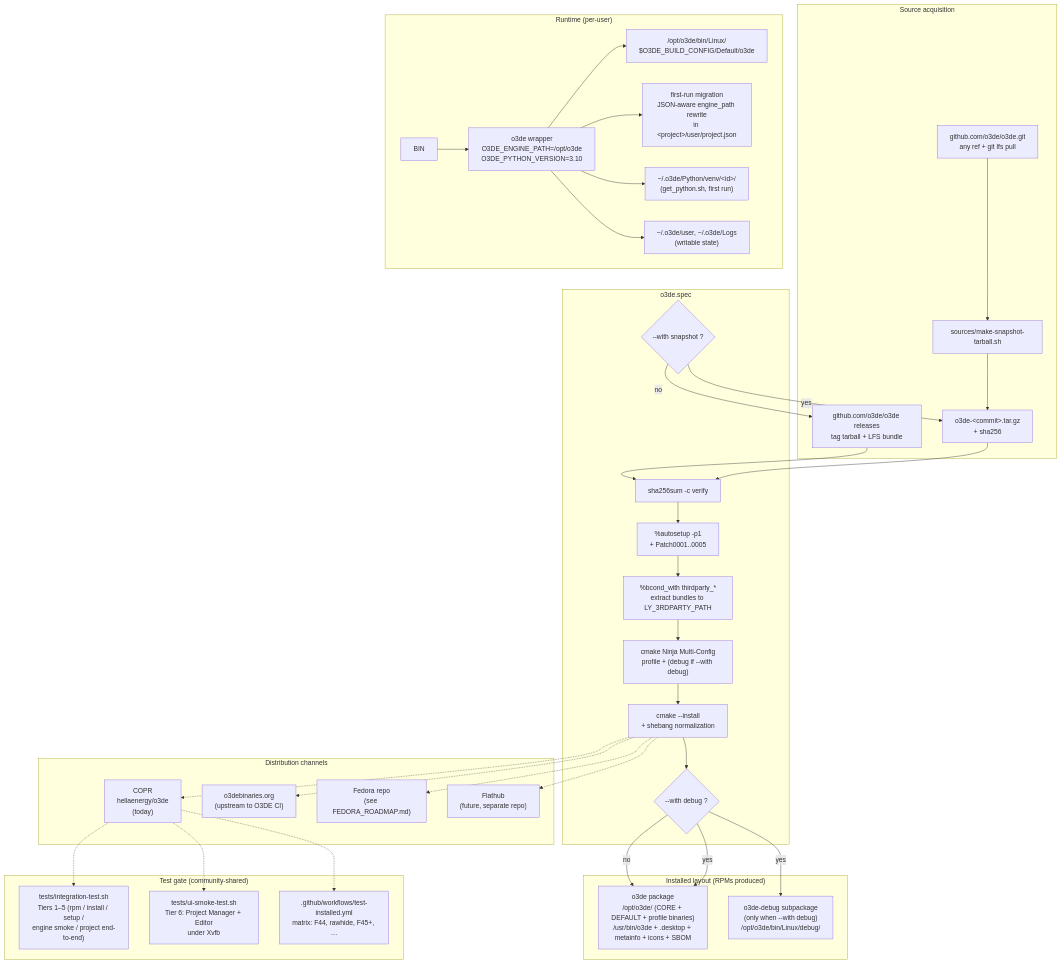
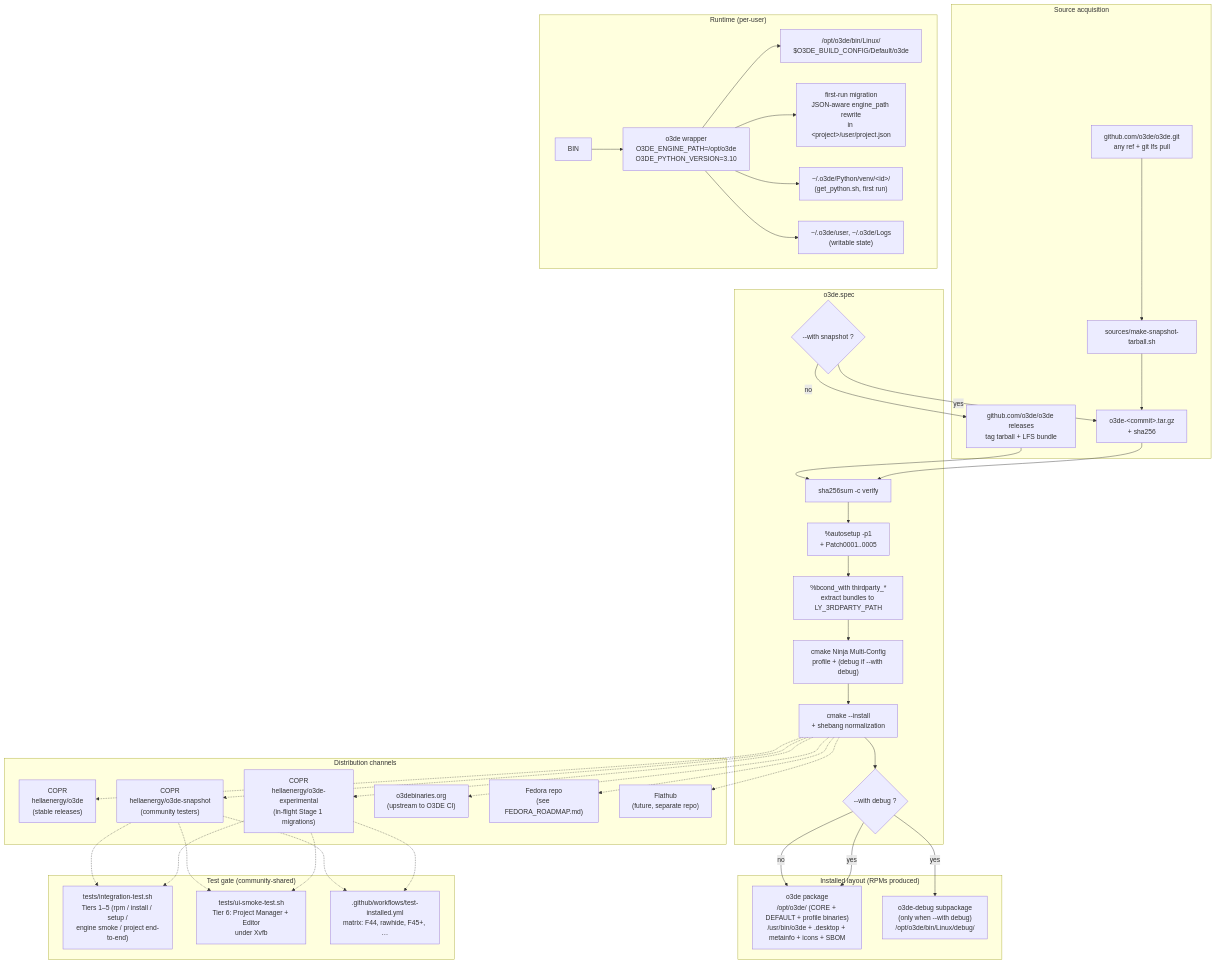
Before and after one commit to nickschuetz/o3de-rpm: the diagram in README.md, drawn with Mermaid. The commit also changed other lines of this file and 3 other files, not shown here.

````diff
--- a/README.md
+++ b/README.md
@@ -50,65 +50,72 @@
 ```mermaid
 flowchart TB
     subgraph SRC["Source acquisition"]
         S1["github.com/o3de/o3de releases<br/>tag tarball + LFS bundle"]
         S2["github.com/o3de/o3de.git<br/>any ref + git lfs pull"]
         SH["sources/make-snapshot-tarball.sh"]
         S2 --> SH --> SNAP["o3de-&lt;commit&gt;.tar.gz<br/>+ sha256"]
     end
 
     subgraph SPEC["o3de.spec"]
         BC{"--with snapshot ?"}
         SHA["sha256sum -c verify"]
         AUTO["%autosetup -p1<br/>+ Patch0001..0005"]
         TP["%bcond_with thirdparty_*<br/>extract bundles to LY_3RDPARTY_PATH"]
         BUILD["cmake Ninja Multi-Config<br/>profile + (debug if --with debug)"]
         INST["cmake --install<br/>+ shebang normalization"]
         DBG{"--with debug ?"}
         BC -->|no| S1
         BC -->|yes| SNAP
         S1 --> SHA
         SNAP --> SHA
         SHA --> AUTO --> TP --> BUILD --> INST
         INST --> DBG
     end
 
     subgraph INSTALL["Installed layout (RPMs produced)"]
         MAIN["o3de package<br/>/opt/o3de/ (CORE + DEFAULT + profile binaries)<br/>/usr/bin/o3de + .desktop + metainfo + icons + SBOM"]
         DBGPKG["o3de-debug subpackage<br/>(only when --with debug)<br/>/opt/o3de/bin/Linux/debug/"]
         DBG -->|no| MAIN
         DBG -->|yes| MAIN
         DBG -->|yes| DBGPKG
     end
 
     subgraph RT["Runtime (per-user)"]
         WRAP["o3de wrapper<br/>O3DE_ENGINE_PATH=/opt/o3de<br/>O3DE_PYTHON_VERSION=3.10"]
         MIG["first-run migration<br/>JSON-aware engine_path rewrite<br/>in &lt;project&gt;/user/project.json"]
         PY["~/.o3de/Python/venv/&lt;id&gt;/<br/>(get_python.sh, first run)"]
         UD["~/.o3de/user, ~/.o3de/Logs<br/>(writable state)"]
         ENG["/opt/o3de/bin/Linux/<br/>$O3DE_BUILD_CONFIG/Default/o3de"]
         BIN --> WRAP --> ENG
         WRAP --> MIG
         WRAP --> PY
         WRAP --> UD
     end
 
     subgraph DIST["Distribution channels"]
-        DC1["COPR<br/>hellaenergy/o3de<br/>(today)"]
+        DC1A["COPR<br/>hellaenergy/o3de<br/>(stable releases)"]
+        DC1B["COPR<br/>hellaenergy/o3de-snapshot<br/>(community testers)"]
+        DC1C["COPR<br/>hellaenergy/o3de-experimental<br/>(in-flight Stage 1 migrations)"]
         DC2["o3debinaries.org<br/>(upstream to O3DE CI)"]
         DC3["Fedora repo<br/>(see FEDORA_ROADMAP.md)"]
         DC4["Flathub<br/>(future, separate repo)"]
-        INST -.-> DC1
+        INST -.-> DC1A
+        INST -.-> DC1B
+        INST -.-> DC1C
         INST -.-> DC2
         INST -.-> DC3
         INST -.-> DC4
     end
 
     subgraph TEST["Test gate (community-shared)"]
         T1["tests/integration-test.sh<br/>Tiers 1–5 (rpm / install / setup /<br/>engine smoke / project end-to-end)"]
         T2["tests/ui-smoke-test.sh<br/>Tier 6: Project Manager + Editor<br/>under Xvfb"]
         T3[".github/workflows/test-installed.yml<br/>matrix: F44, rawhide, F45+, …"]
-        DC1 -.-> T1
-        DC1 -.-> T2
-        DC1 -.-> T3
+        DC1B -.-> T1
+        DC1B -.-> T2
+        DC1B -.-> T3
+        DC1C -.-> T1
+        DC1C -.-> T2
+        DC1C -.-> T3
     end
 ```
````
